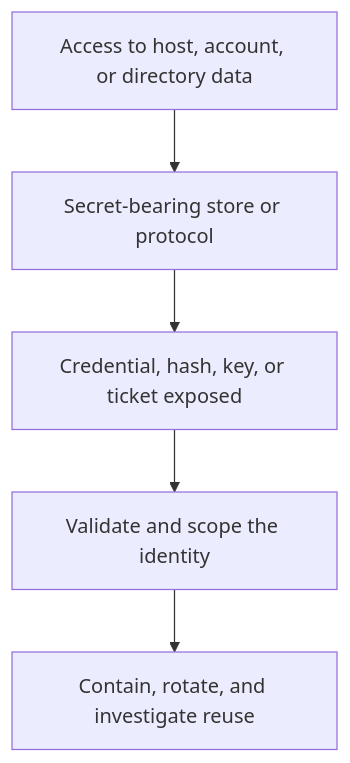
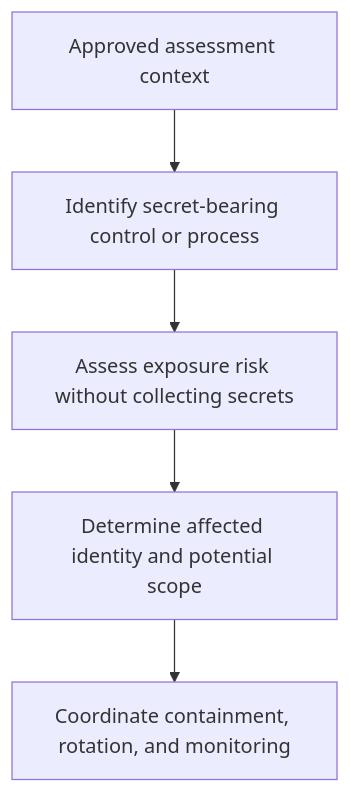
Before and after one commit to alham-rizvi/FindMyAttackPath: the diagram in docs/phases/cred.md, drawn with Mermaid. The commit also changed other lines of this file and 20 other files, not shown here.

````diff
--- a/docs/phases/cred.md
+++ b/docs/phases/cred.md
@@ -12,7 +17,7 @@
 ```mermaid
 flowchart TD
-  A[Access to host, account, or directory data] --> B[Secret-bearing store or protocol]
-  B --> C[Credential, hash, key, or ticket exposed]
-  C --> D[Validate and scope the identity]
-  D --> E[Contain, rotate, and investigate reuse]
+  A[Approved assessment context] --> B[Identify secret-bearing control or process]
+  B --> C[Assess exposure risk without collecting secrets]
+  C --> D[Determine affected identity and potential scope]
+  D --> E[Coordinate containment, rotation, and monitoring]
 ```
````
